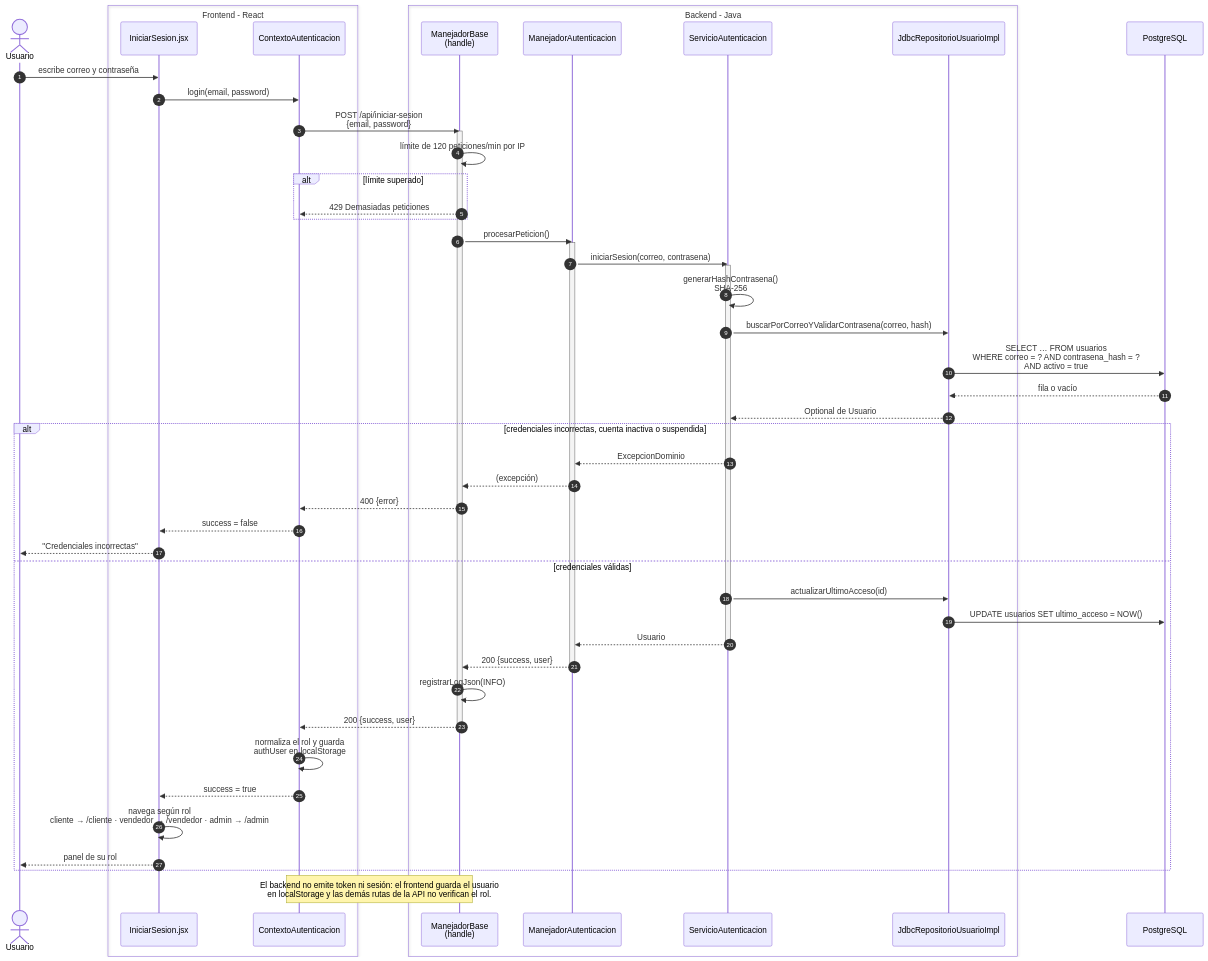
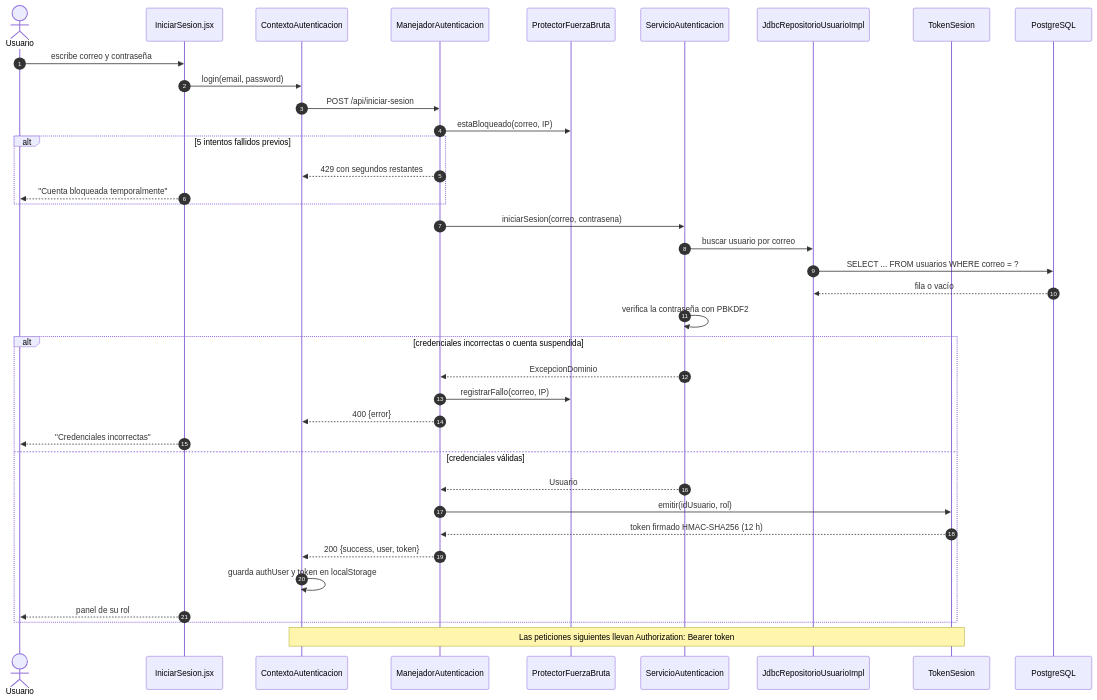
The first of 6 diagrams in documentacion/12-diagramas-de-secuencia.md (Jhonmoreno000/PROYECTO-SENA-TIENDA-TEXTIL-), drawn with Mermaid before and after one commit. The commit also changed other lines of this file and 55 other files, not shown here.

Commit message:
docs: rehacer documentacion, diagramas, contrato OpenAPI y matriz v3 segun el codigo de main (#39)

````diff
--- a/documentacion/12-diagramas-de-secuencia.md
+++ b/documentacion/12-diagramas-de-secuencia.md
@@ -21,55 +21,41 @@
 ```mermaid
 sequenceDiagram
     autonumber
     actor U as Usuario
-    box Frontend - React
     participant UI as IniciarSesion.jsx
     participant CTX as ContextoAutenticacion
-    end
-    box Backend - Java
-    participant BASE as ManejadorBase<br/>(handle)
     participant MA as ManejadorAutenticacion
+    participant PFB as ProtectorFuerzaBruta
     participant SA as ServicioAutenticacion
     participant REPO as JdbcRepositorioUsuarioImpl
-    end
+    participant TK as TokenSesion
     participant DB as PostgreSQL
+
     U->>UI: escribe correo y contraseña
     UI->>CTX: login(email, password)
-    CTX->>BASE: POST /api/iniciar-sesion<br/>{email, password}
-    activate BASE
-    BASE->>BASE: límite de 120 peticiones/min por IP
-    alt límite superado
-    BASE-->>CTX: 429 Demasiadas peticiones
+    CTX->>MA: POST /api/iniciar-sesion
+    MA->>PFB: estaBloqueado(correo, IP)
+    alt 5 intentos fallidos previos
+        MA-->>CTX: 429 con segundos restantes
+        UI-->>U: "Cuenta bloqueada temporalmente"
     end
-    BASE->>MA: procesarPeticion()
-    activate MA
     MA->>SA: iniciarSesion(correo, contrasena)
-    activate SA
-    SA->>SA: generarHashContrasena()<br/>SHA-256
-    SA->>REPO: buscarPorCorreoYValidarContrasena(correo, hash)
-    REPO->>DB: SELECT … FROM usuarios<br/>WHERE correo = ? AND contrasena_hash = ?<br/>AND activo = true
+    SA->>REPO: buscar usuario por correo
+    REPO->>DB: SELECT ... FROM usuarios WHERE correo = ?
     DB-->>REPO: fila o vacío
-    REPO-->>SA: Optional de Usuario
-    alt credenciales incorrectas, cuenta inactiva o suspendida
-    SA-->>MA: ExcepcionDominio
-    MA-->>BASE: (excepción)
-    BASE-->>CTX: 400 {error}
-    CTX-->>UI: success = false
-    UI-->>U: "Credenciales incorrectas"
+    SA->>SA: verifica la contraseña con PBKDF2
+    alt credenciales incorrectas o cuenta suspendida
+        SA-->>MA: ExcepcionDominio
+        MA->>PFB: registrarFallo(correo, IP)
+        MA-->>CTX: 400 {error}
+        UI-->>U: "Credenciales incorrectas"
     else credenciales válidas
-    SA->>REPO: actualizarUltimoAcceso(id)
-    REPO->>DB: UPDATE usuarios SET ultimo_acceso = NOW()
-    SA-->>MA: Usuario
-    deactivate SA
-    MA-->>BASE: 200 {success, user}
-    deactivate MA
-    BASE->>BASE: registrarLogJson(INFO)
-    BASE-->>CTX: 200 {success, user}
-    deactivate BASE
-    CTX->>CTX: normaliza el rol y guarda<br/>authUser en localStorage
-    CTX-->>UI: success = true
-    UI->>UI: navega según rol<br/>cliente → /cliente · vendedor → /vendedor · admin → /admin
-    UI-->>U: panel de su rol
+        SA-->>MA: Usuario
+        MA->>TK: emitir(idUsuario, rol)
+        TK-->>MA: token firmado HMAC-SHA256 (12 h)
+        MA-->>CTX: 200 {success, user, token}
+        CTX->>CTX: guarda authUser y token en localStorage
+        UI-->>U: panel de su rol
     end
-    Note over CTX,BASE: El backend no emite token ni sesión: el frontend guarda el usuario<br/>en localStorage y las demás rutas de la API no verifican el rol.
+    Note over CTX,TK: Las peticiones siguientes llevan Authorization: Bearer token
 ```
````
